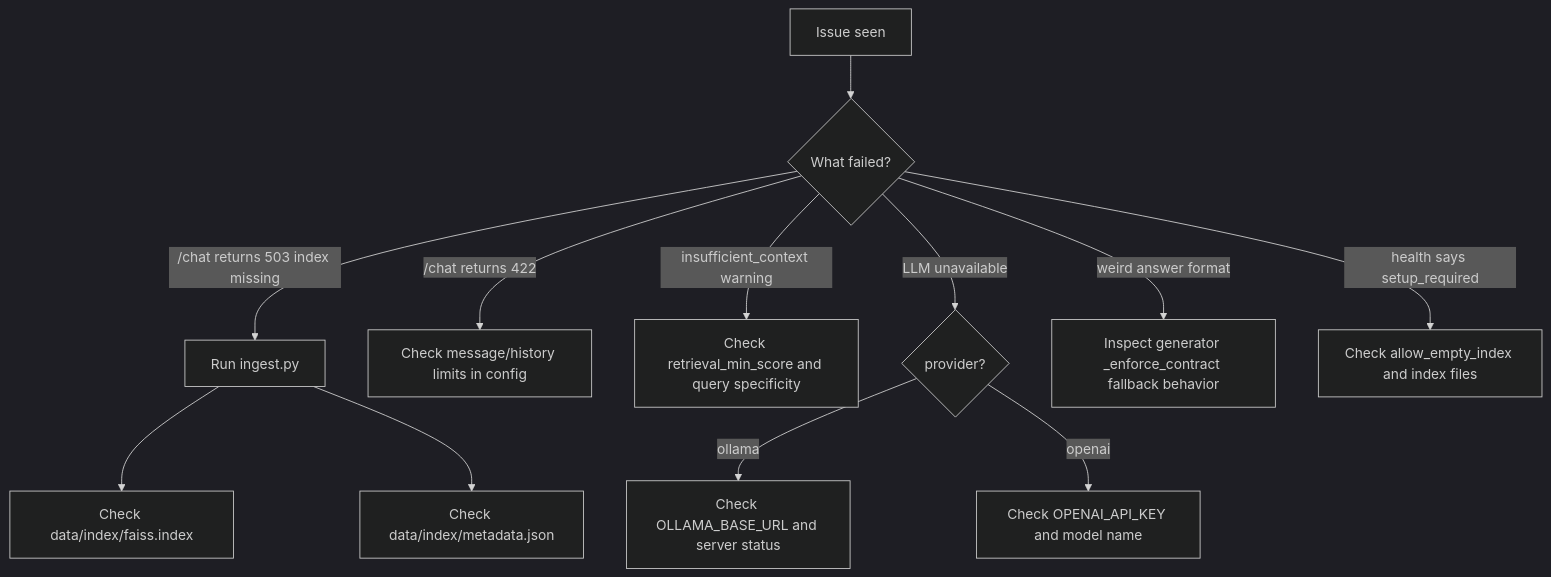
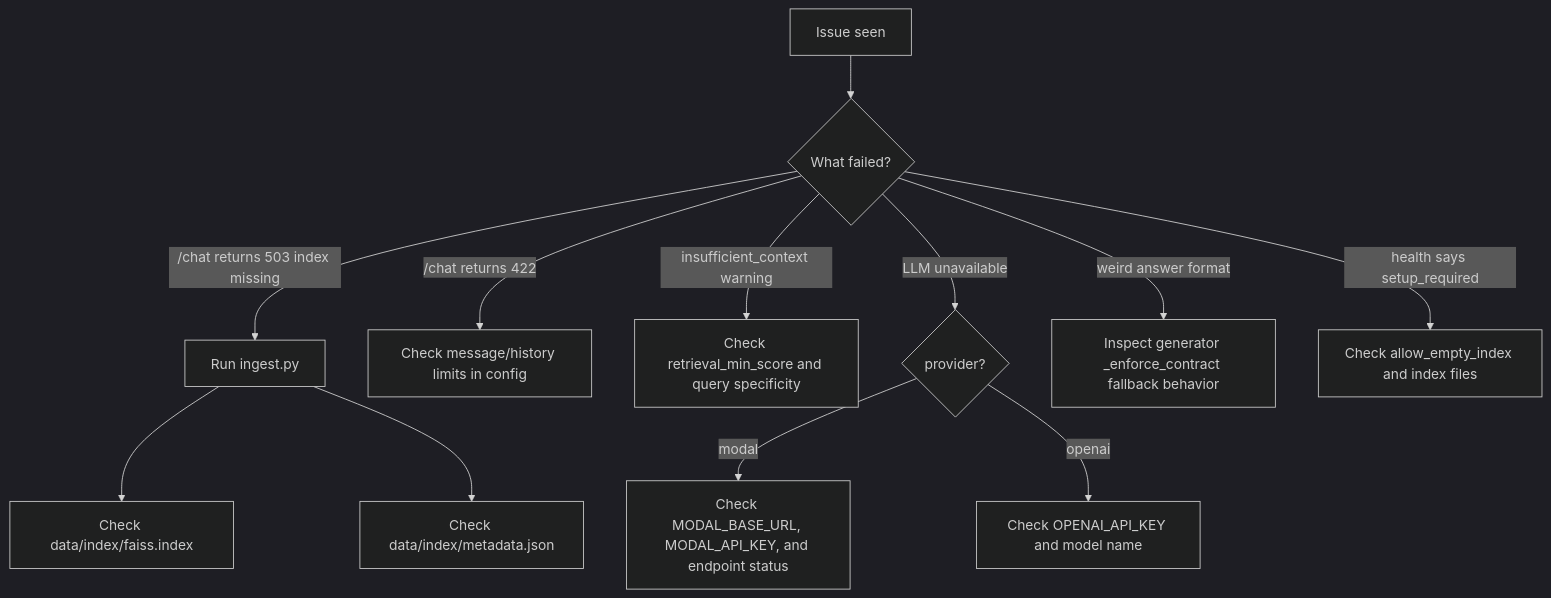
Before and after one commit to PavansaiBheemisetty/GitaGPT-Mentor: the fourth of 4 diagrams in RAG_DIAGRAMS_AND_CHEATSHEET.md, drawn with Mermaid (dark theme). The commit also changed other lines of this file and 45 other files, not shown here.

````diff
--- a/RAG_DIAGRAMS_AND_CHEATSHEET.md
+++ b/RAG_DIAGRAMS_AND_CHEATSHEET.md
@@ -164,20 +164,20 @@
 ```mermaid
 flowchart TD
     A[Issue seen] --> B{What failed?}
 
     B -->|/chat returns 503 index missing| C[Run ingest.py]
     C --> D[Check data/index/faiss.index]
     C --> E[Check data/index/metadata.json]
 
     B -->|/chat returns 422| F[Check message/history limits in config]
 
     B -->|insufficient_context warning| G[Check retrieval_min_score and query specificity]
 
     B -->|LLM unavailable| H{provider?}
-    H -->|ollama| I[Check OLLAMA_BASE_URL and server status]
+    H -->|modal| I[Check MODAL_BASE_URL, MODAL_API_KEY, and endpoint status]
     H -->|openai| J[Check OPENAI_API_KEY and model name]
 
     B -->|weird answer format| K[Inspect generator _enforce_contract fallback behavior]
 
     B -->|health says setup_required| L[Check allow_empty_index and index files]
 ```
````
